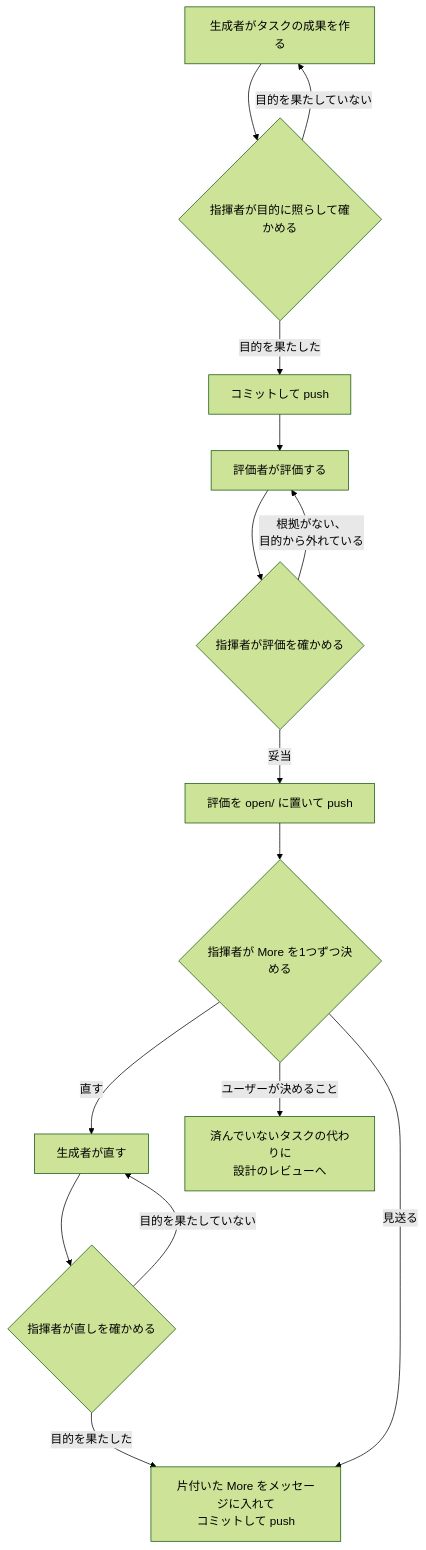
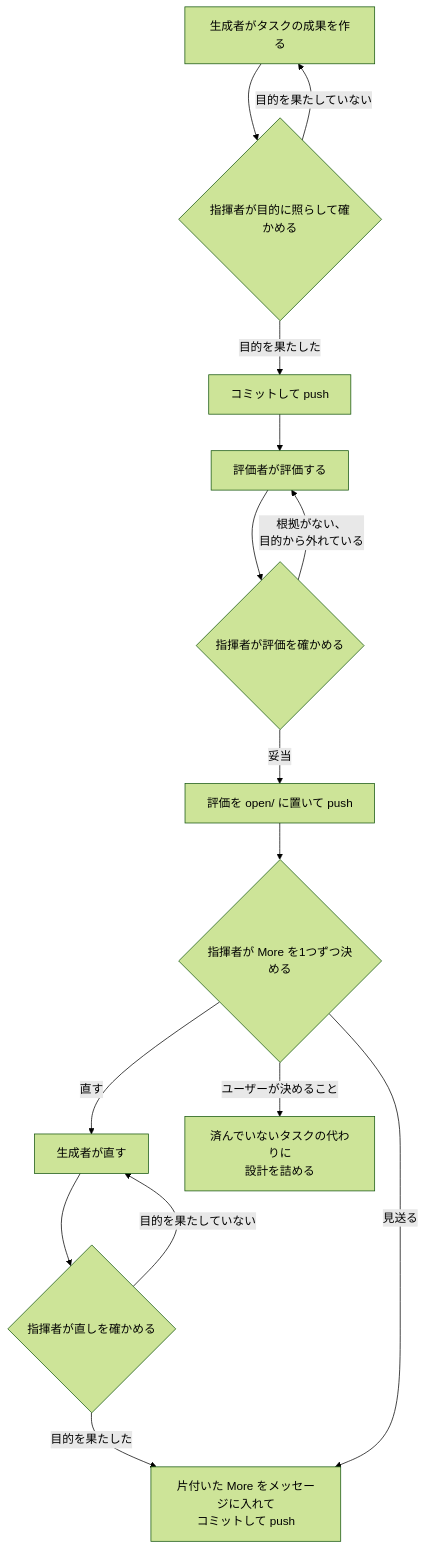
Before and after one commit to lovaizu/ccpm: the fifth of 5 diagrams in rn/docs/design.md, drawn with Mermaid (forest theme). The commit also changed other lines of this file and 1 other file, not shown here.

````diff
--- a/rn/docs/design.md
+++ b/rn/docs/design.md
@@ -137,28 +145,28 @@
 ```mermaid
 flowchart TD
     M["生成者がタスクの成果を作る"]
     K{"指揮者が目的に照らして確かめる"}
     C["コミットして push"]
     V["評価者が評価する"]
     KE{"指揮者が評価を確かめる"}
     O["評価を open/ に置いて push"]
     D{"指揮者が More を1つずつ決める"}
     F["生成者が直す"]
     FK{"指揮者が直しを確かめる"}
     S["片付いた More をメッセージに入れて<br/>コミットして push"]
-    U["済んでいないタスクの代わりに<br/>設計のレビューへ"]
+    U["済んでいないタスクの代わりに<br/>設計を詰める"]
     M --> K
     K -->|"目的を果たしていない"| M
     K -->|"目的を果たした"| C
     C --> V
     V --> KE
     KE -->|"根拠がない、<br/>目的から外れている"| V
     KE -->|"妥当"| O
     O --> D
     D -->|"直す"| F
     F --> FK
     FK -->|"目的を果たしていない"| F
     FK -->|"目的を果たした"| S
     D -->|"見送る"| S
     D -->|"ユーザーが決めること"| U
 ```
````
